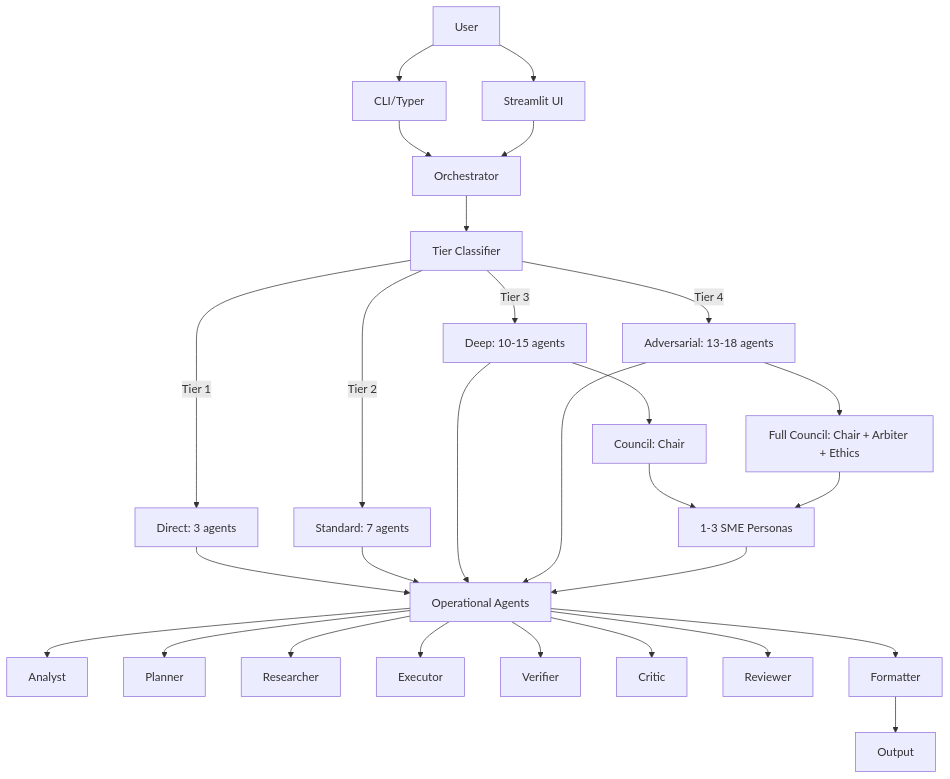
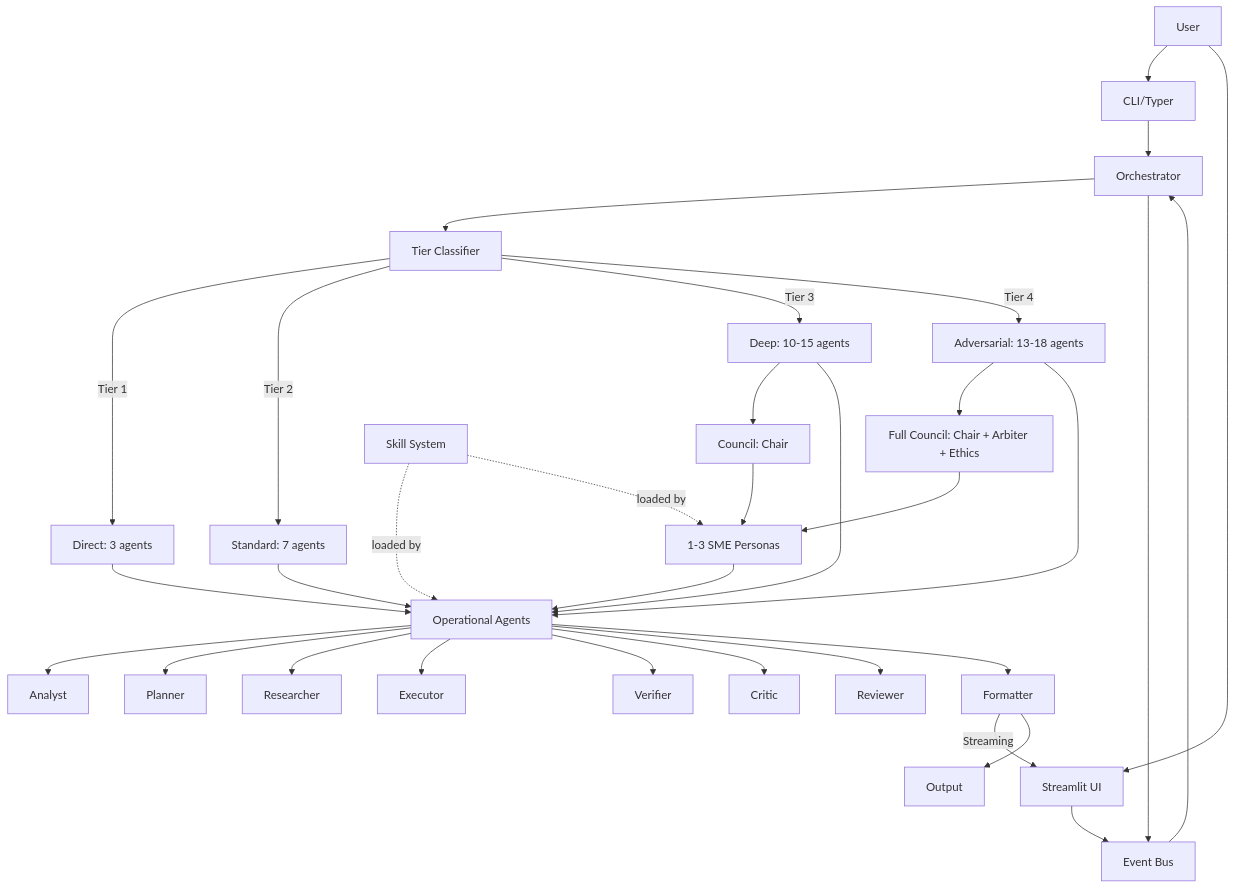
One commit to ksmuvva/Multi-Agent--Council changed the diagram in README.md. Above: the diagram before and after it, drawn with Mermaid. The commit also changed other lines of this file and 22 other files, not shown here.

````diff
--- a/README.md
+++ b/README.md
@@ -7,36 +7,42 @@
 ```mermaid
 graph TD
     User[User] --> CLI[CLI/Typer]
     User --> UI[Streamlit UI]
     CLI --> Orchestrator[Orchestrator]
-    UI --> Orchestrator
+    UI --> EventBus[Event Bus]
+    EventBus --> Orchestrator
     Orchestrator --> Classifier[Tier Classifier]
 
     Classifier -->|Tier 1| T1[Direct: 3 agents]
     Classifier -->|Tier 2| T2[Standard: 7 agents]
     Classifier -->|Tier 3| T3[Deep: 10-15 agents]
     Classifier -->|Tier 4| T4[Adversarial: 13-18 agents]
 
     T3 --> Council[Council: Chair]
     T4 --> FullCouncil[Full Council: Chair + Arbiter + Ethics]
 
     Council --> SMEs[1-3 SME Personas]
     FullCouncil --> SMEs
 
     T1 --> Ops[Operational Agents]
     T2 --> Ops
     T3 --> Ops
     T4 --> Ops
 
+    Skills[Skill System] -.->|loaded by| Ops
+    Skills -.->|loaded by| SMEs
+
     Ops --> Analyst[Analyst]
     Ops --> Planner[Planner]
     Ops --> Researcher[Researcher]
     Ops --> Executor[Executor]
     Ops --> Verifier[Verifier]
     Ops --> Critic[Critic]
     Ops --> Reviewer[Reviewer]
 
     SMEs --> Ops
     Ops --> Formatter[Formatter]
+    Formatter -->|Streaming| UI
     Formatter --> Output[Output]
+    Orchestrator --> EventBus
 ```
````
